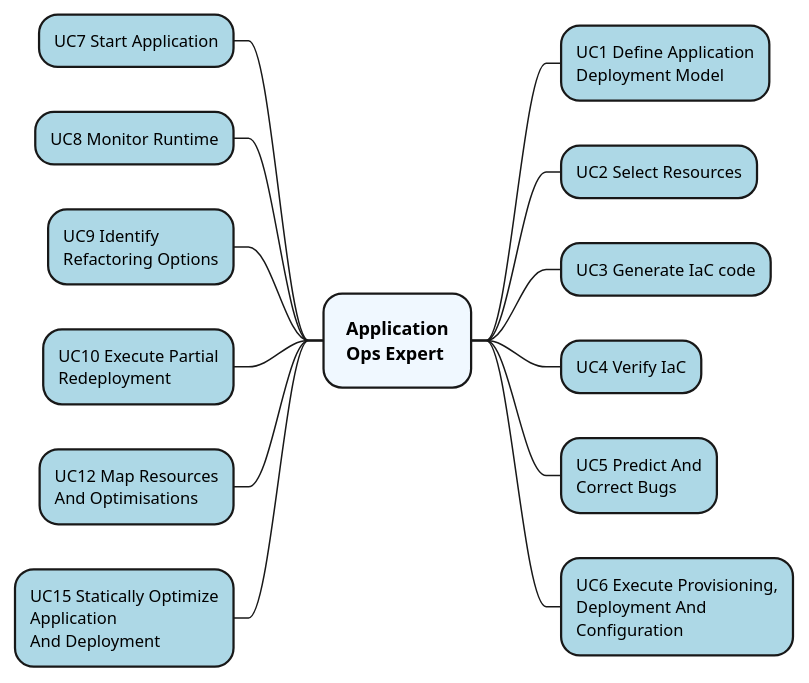
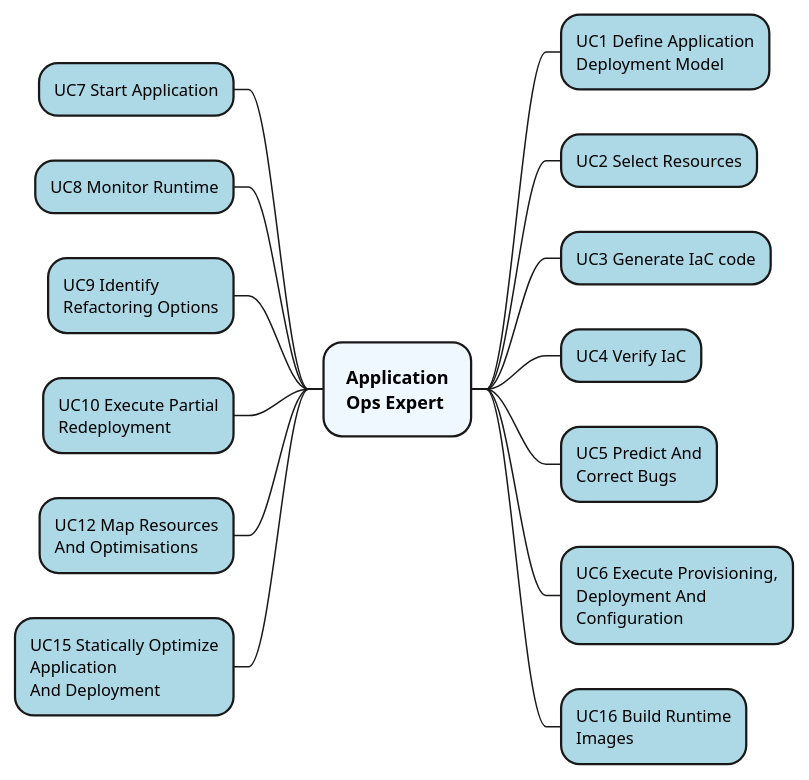
Before and after one commit to SODALITE-EU/project-wide-documentation: the diagram in uml/mind-maps/EAB/MM-AppOpsExpert.puml, drawn with PlantUML.

Commit message:
Added UC16 - missing

```diff
--- a/uml/mind-maps/EAB/MM-AppOpsExpert.puml
+++ b/uml/mind-maps/EAB/MM-AppOpsExpert.puml
@@ -1,41 +1,42 @@
 @startmindmap AppOpsExpertUCs
 
 <style>
 mindmapDiagram {
   node {
     Padding 15
     Margin 15
     BackGroundColor LightBlue
   }
   rootNode {
     Padding 15
 	Margin 15
     BackGroundColor AliceBlue
 	FontSize 12
   }
   leafNode {
     Padding 10
     BackGroundColor LightBlue
     FontColor Black
     FontSize 11
   }
 }
 </style>
 
 * <b>Application</b>\n<b>Ops Expert</b>
 ** UC1 Define Application\nDeployment Model
 ** UC2 Select Resources
 ** UC3 Generate IaC code
 ** UC4 Verify IaC
 ** UC5 Predict And\nCorrect Bugs
 ** UC6 Execute Provisioning,\nDeployment And\nConfiguration
+** UC16 Build Runtime\nImages
 left side
 ** UC7 Start Application
 ** UC8 Monitor Runtime
 ** UC9 Identify\nRefactoring Options
 ** UC10 Execute Partial\nRedeployment
 ** UC12 Map Resources\nAnd Optimisations
 ** UC15 Statically Optimize\nApplication\nAnd Deployment
 
 
 @endmindmap
```
